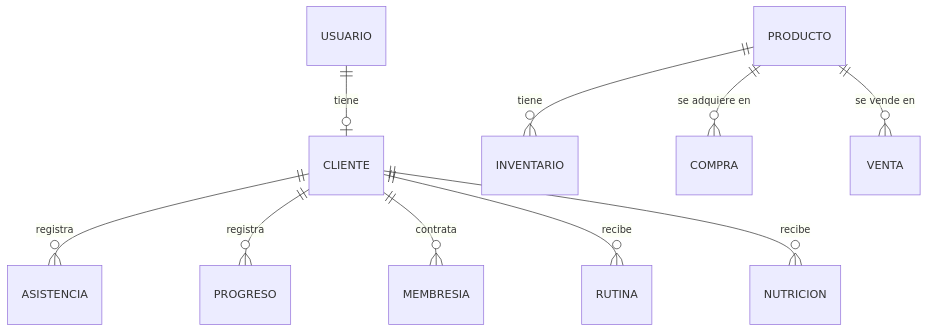
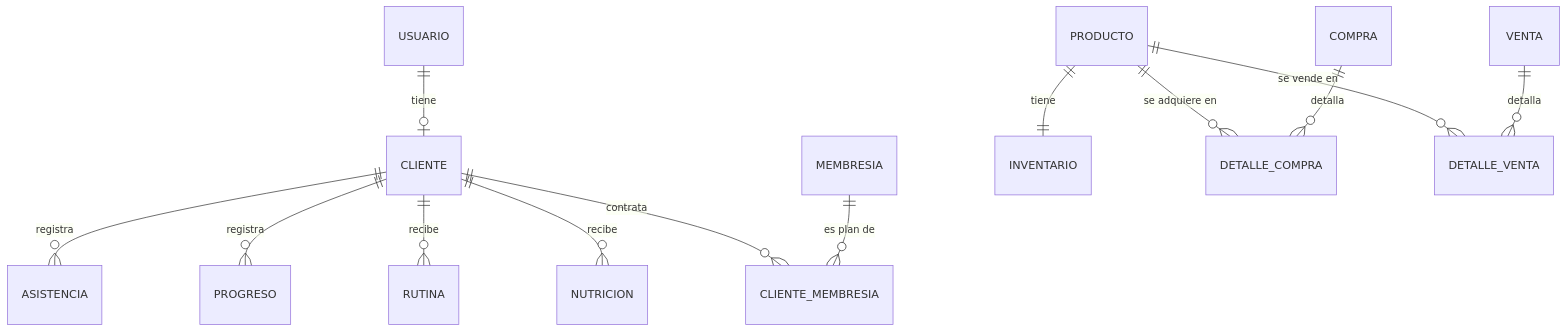
One commit to KeenGuerra/GleyforGymInvestigacion changed the fifth of 10 diagrams in docs/07_Gestion_Proyecto/Intervencion_Metodologica.md. Above: the diagram before and after it, drawn with Mermaid. The commit also changed other lines of this file and 5 other files, not shown here.

````diff
--- a/docs/07_Gestion_Proyecto/Intervencion_Metodologica.md
+++ b/docs/07_Gestion_Proyecto/Intervencion_Metodologica.md
@@ -361,12 +361,15 @@
 ```mermaid
 erDiagram
     USUARIO ||--o| CLIENTE : "tiene"
     CLIENTE ||--o{ ASISTENCIA : "registra"
     CLIENTE ||--o{ PROGRESO : "registra"
-    CLIENTE ||--o{ MEMBRESIA : "contrata"
     CLIENTE ||--o{ RUTINA : "recibe"
     CLIENTE ||--o{ NUTRICION : "recibe"
-    PRODUCTO ||--o{ INVENTARIO : "tiene"
-    PRODUCTO ||--o{ COMPRA : "se adquiere en"
-    PRODUCTO ||--o{ VENTA : "se vende en"
+    CLIENTE ||--o{ CLIENTE_MEMBRESIA : "contrata"
+    MEMBRESIA ||--o{ CLIENTE_MEMBRESIA : "es plan de"
+    PRODUCTO ||--|| INVENTARIO : "tiene"
+    PRODUCTO ||--o{ DETALLE_COMPRA : "se adquiere en"
+    COMPRA ||--o{ DETALLE_COMPRA : "detalla"
+    PRODUCTO ||--o{ DETALLE_VENTA : "se vende en"
+    VENTA ||--o{ DETALLE_VENTA : "detalla"
 ```
````
